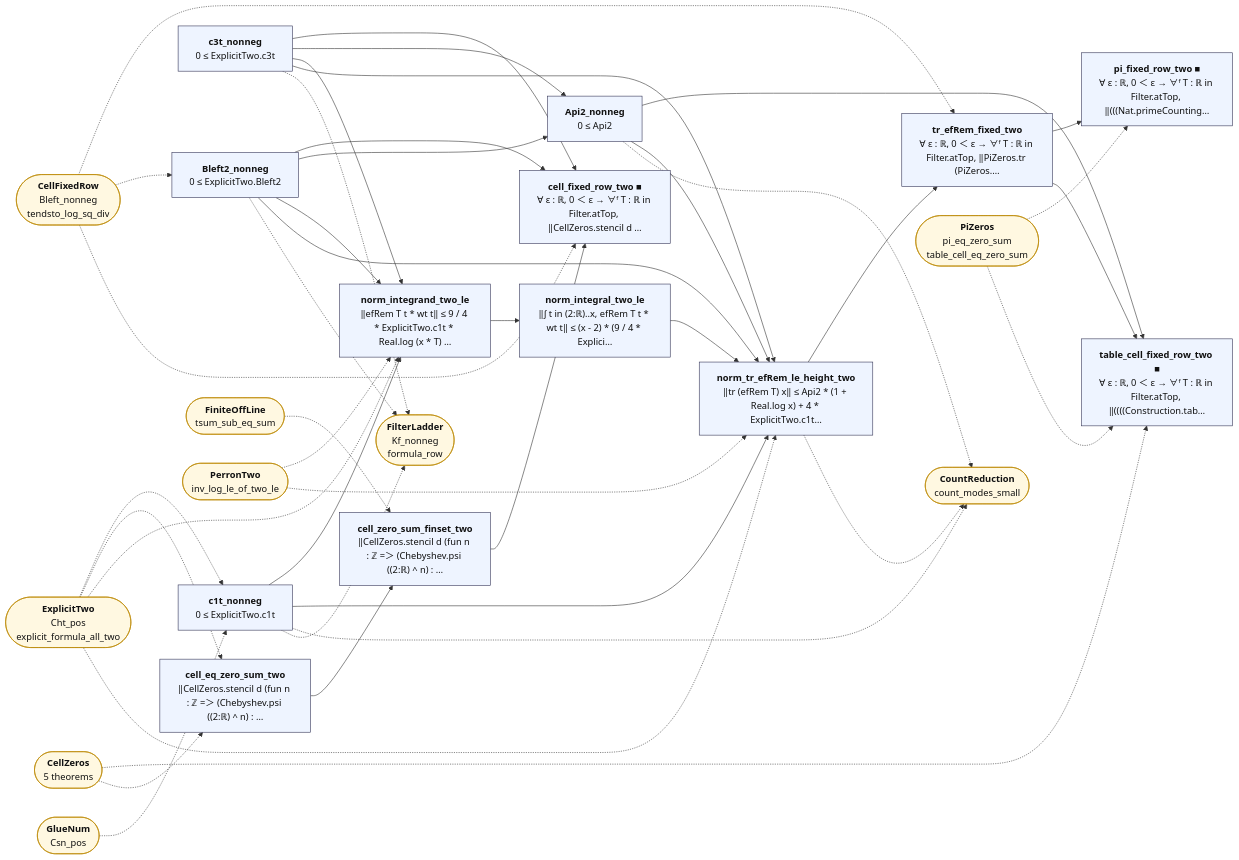
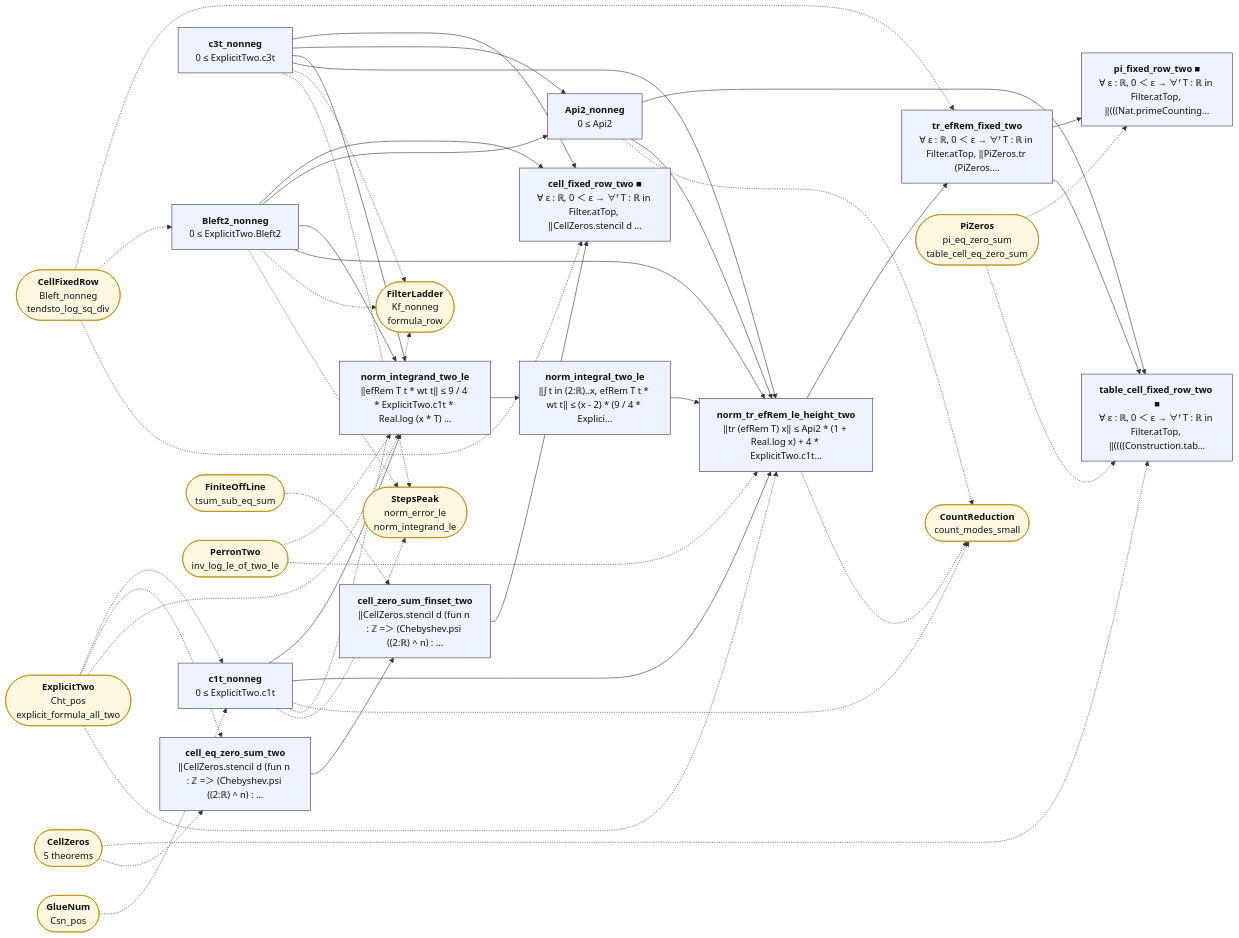
Before and after one commit to juliansambranojr/Primebeat_081426: the diagram in map/lean_stage3/FixedRowTwo.md, drawn with Mermaid. The commit also changed other lines of this file and 56 other files, not shown here.

First line of the commit message:
Blocks R5, R6: the height of a finite peak; the half in the sieve and the spiral link as the sieve's wobble (units 0484, 0485)

````diff
--- a/map/lean_stage3/FixedRowTwo.md
+++ b/map/lean_stage3/FixedRowTwo.md
@@ -14,73 +14,77 @@
 ```mermaid
 flowchart LR
   n0["<b>c1t_nonneg</b><br/>0 ≤ ExplicitTwo.c1t"]:::thm
   n1["<b>c3t_nonneg</b><br/>0 ≤ ExplicitTwo.c3t"]:::thm
   n2["<b>Bleft2_nonneg</b><br/>0 ≤ ExplicitTwo.Bleft2"]:::thm
   n3["<b>cell_eq_zero_sum_two</b><br/>‖CellZeros.stencil d (fun n : ℤ =＞ (Chebyshev.psi ((2:ℝ) ^ n) : …"]:::thm
   n4["<b>cell_zero_sum_finset_two</b><br/>‖CellZeros.stencil d (fun n : ℤ =＞ (Chebyshev.psi ((2:ℝ) ^ n) : …"]:::thm
   n5["<b>cell_fixed_row_two ■</b><br/>∀ ε : ℝ, 0 ＜ ε → ∀ᶠ T : ℝ in Filter.atTop, ‖CellZeros.stencil d …"]:::thm
   n6["<b>Api2_nonneg</b><br/>0 ≤ Api2"]:::thm
   n7["<b>norm_integrand_two_le</b><br/>‖efRem T t * wt t‖ ≤ 9 / 4 * ExplicitTwo.c1t * Real.log (x * T) …"]:::thm
   n8["<b>norm_integral_two_le</b><br/>‖∫ t in (2:ℝ)..x, efRem T t * wt t‖ ≤ (x - 2) * (9 / 4 * Explici…"]:::thm
   n9["<b>norm_tr_efRem_le_height_two</b><br/>‖tr (efRem T) x‖ ≤ Api2 * (1 + Real.log x) + 4 * ExplicitTwo.c1t…"]:::thm
   n10["<b>tr_efRem_fixed_two</b><br/>∀ ε : ℝ, 0 ＜ ε → ∀ᶠ T : ℝ in Filter.atTop, ‖PiZeros.tr (PiZeros.…"]:::thm
   n11["<b>pi_fixed_row_two ■</b><br/>∀ ε : ℝ, 0 ＜ ε → ∀ᶠ T : ℝ in Filter.atTop, ‖(((Nat.primeCounting…"]:::thm
   n12["<b>table_cell_fixed_row_two ■</b><br/>∀ ε : ℝ, 0 ＜ ε → ∀ᶠ T : ℝ in Filter.atTop, ‖((((Construction.tab…"]:::thm
   x0(["<b>ExplicitTwo</b><br/>Cht_pos<br/>explicit_formula_all_two"]):::ext
   x1(["<b>GlueNum</b><br/>Csn_pos"]):::ext
   x2(["<b>CountReduction</b><br/>count_modes_small"]):::ext
   x3(["<b>FilterLadder</b><br/>Kf_nonneg<br/>formula_row"]):::ext
-  x4(["<b>CellFixedRow</b><br/>Bleft_nonneg<br/>tendsto_log_sq_div"]):::ext
-  x5(["<b>CellZeros</b><br/>5 theorems"]):::ext
-  x6(["<b>FiniteOffLine</b><br/>tsum_sub_eq_sum"]):::ext
-  x7(["<b>PerronTwo</b><br/>inv_log_le_of_two_le"]):::ext
-  x8(["<b>PiZeros</b><br/>pi_eq_zero_sum<br/>table_cell_eq_zero_sum"]):::ext
+  x4(["<b>StepsPeak</b><br/>norm_error_le<br/>norm_integrand_le"]):::ext
+  x5(["<b>CellFixedRow</b><br/>Bleft_nonneg<br/>tendsto_log_sq_div"]):::ext
+  x6(["<b>CellZeros</b><br/>5 theorems"]):::ext
+  x7(["<b>FiniteOffLine</b><br/>tsum_sub_eq_sum"]):::ext
+  x8(["<b>PerronTwo</b><br/>inv_log_le_of_two_le"]):::ext
+  x9(["<b>PiZeros</b><br/>pi_eq_zero_sum<br/>table_cell_eq_zero_sum"]):::ext
   n0 --> n7
   n0 --> n9
   n1 --> n5
   n1 --> n6
   n1 --> n7
   n1 --> n9
   n10 --> n11
   n10 --> n12
   n2 --> n5
   n2 --> n6
   n2 --> n7
   n2 --> n9
   n3 --> n4
   n4 --> n5
   n6 --> n12
   n6 --> n9
   n7 --> n8
   n8 --> n9
   n9 --> n10
   n0 -.-> x2
   n0 -.-> x3
+  n0 -.-> x4
   n1 -.-> x3
+  n1 -.-> x4
   n2 -.-> x3
+  n2 -.-> x4
   n6 -.-> x2
   n9 -.-> x2
   x0 -.-> n0
   x0 -.-> n3
   x0 -.-> n7
   x0 -.-> n9
   x1 -.-> n0
-  x4 -.-> n10
-  x4 -.-> n2
-  x4 -.-> n5
-  x5 -.-> n12
-  x5 -.-> n3
-  x6 -.-> n4
-  x7 -.-> n7
-  x7 -.-> n9
-  x8 -.-> n11
-  x8 -.-> n12
+  x5 -.-> n10
+  x5 -.-> n2
+  x5 -.-> n5
+  x6 -.-> n12
+  x6 -.-> n3
+  x7 -.-> n4
+  x8 -.-> n7
+  x8 -.-> n9
+  x9 -.-> n11
+  x9 -.-> n12
   classDef cnt fill:#dff5ec,stroke:#17694a,color:#111
   classDef shp fill:#f1ecfb,stroke:#5b3fa0,color:#111
   classDef rh fill:#ffe5e5,stroke:#c22,color:#111,stroke-width:2px
   classDef thm fill:#eef4ff,stroke:#335,color:#111
   classDef end_ fill:#e7f7e7,stroke:#2a7,color:#111,stroke-width:2px
   classDef lone fill:#fff,stroke:#999,color:#111,stroke-dasharray:4 3
   classDef bad fill:#ffe5e5,stroke:#c22,color:#111,stroke-width:2px
   classDef ext fill:#fff8e1,stroke:#b80,color:#111
 ```
````
